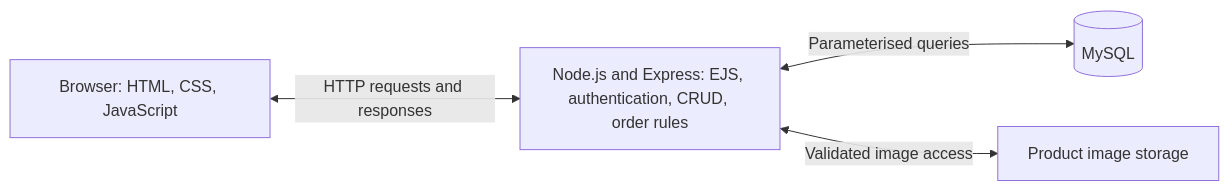
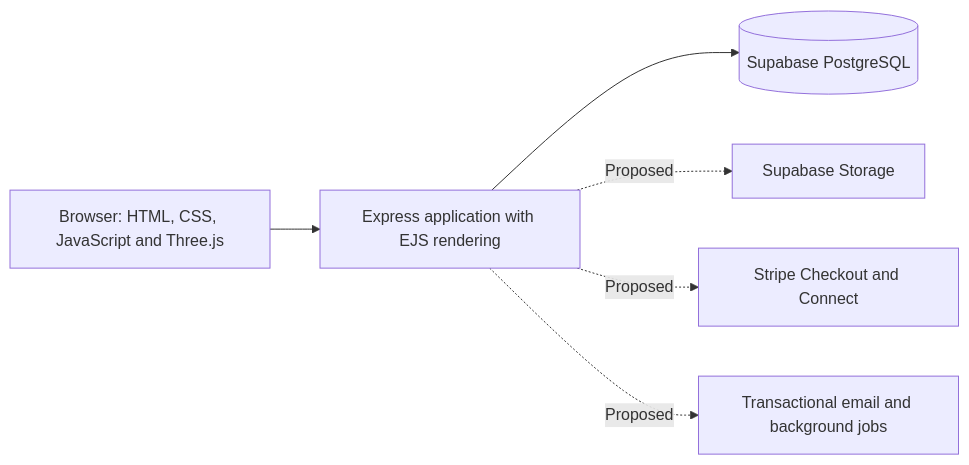
Before and after one commit to hzqfarhan/PASORKITA-BIK20404: the diagram in docs/project-proposal/system-architecture.md, drawn with Mermaid. The commit also changed other lines of this file and 99 other files, not shown here.

Commit message:
feat: migrate Pasor Kita to full-stack Express, EJS, Three.js and PostgreSQL

````diff
--- a/docs/project-proposal/system-architecture.md
+++ b/docs/project-proposal/system-architecture.md
@@ -18,6 +9,8 @@
 ```mermaid
 flowchart LR
-    B[Browser: HTML, CSS, JavaScript] <-->|HTTP requests and responses| A[Node.js and Express: EJS, authentication, CRUD, order rules]
-    A <-->|Parameterised queries| D[(MySQL)]
-    A <-->|Validated image access| F[Product image storage]
+    B[Browser: HTML, CSS, JavaScript and Three.js] --> A[Express application with EJS rendering]
+    A --> D[(Supabase PostgreSQL)]
+    A -. Proposed .-> S[Supabase Storage]
+    A -. Proposed .-> G[Stripe Checkout and Connect]
+    A -. Proposed .-> E[Transactional email and background jobs]
 ```
````
